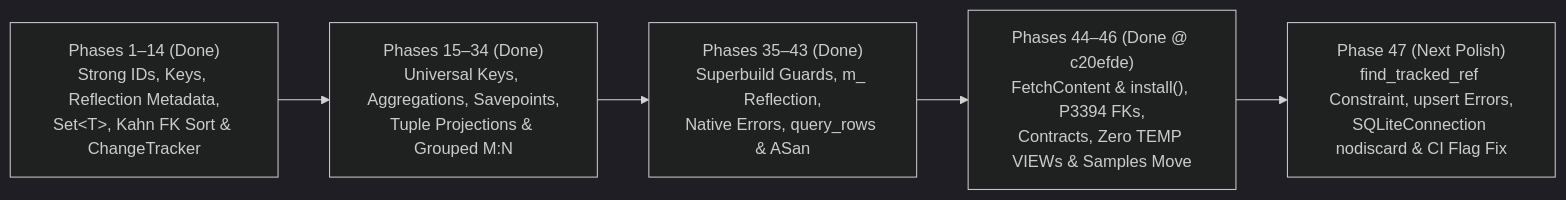
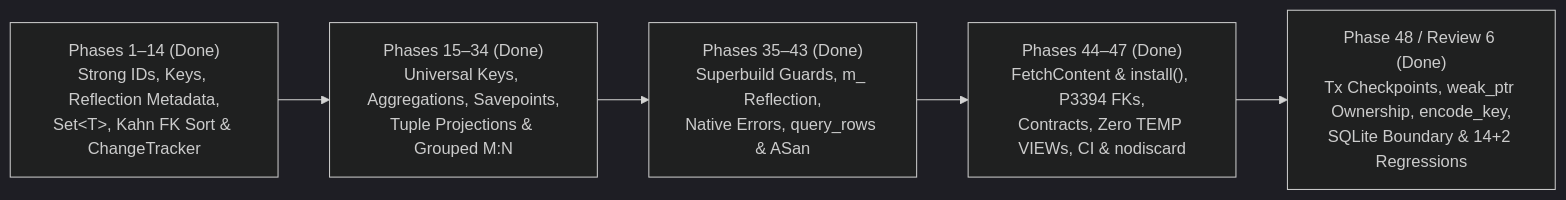
The first of 2 diagrams in readme4.md (mythrz/CodeFirstCppDB_sqlgen), drawn with Mermaid (dark theme) before and after one commit. The commit also changed other lines of this file and 13 other files, not shown here.

````diff
--- a/readme4.md
+++ b/readme4.md
@@ -228,7 +228,7 @@
 ```mermaid
 flowchart LR
     P114["Phases 1–14 (Done)<br/>Strong IDs, Keys, Reflection Metadata,<br/>Set&lt;T&gt;, Kahn FK Sort &amp; ChangeTracker"] --> P1534["Phases 15–34 (Done)<br/>Universal Keys, Aggregations, Savepoints,<br/>Tuple Projections &amp; Grouped M:N"]
     P1534 --> P3543["Phases 35–43 (Done)<br/>Superbuild Guards, m_ Reflection,<br/>Native Errors, query_rows &amp; ASan"]
-    P3543 --> P4446["Phases 44–46 (Done @ c20efde)<br/>FetchContent &amp; install(), P3394 FKs,<br/>Contracts, Zero TEMP VIEWs &amp; Samples Move"]
-    P4446 --> P47["Phase 47 (Next Polish)<br/>find_tracked_ref Constraint, upsert Errors,<br/>SQLiteConnection nodiscard &amp; CI Flag Fix"]
+    P3543 --> P4447["Phases 44–47 (Done)<br/>FetchContent &amp; install(), P3394 FKs,<br/>Contracts, Zero TEMP VIEWs, CI &amp; nodiscard"]
+    P4447 --> P48["Phase 48 / Review 6 (Done)<br/>Tx Checkpoints, weak_ptr Ownership, encode_key,<br/>SQLite Boundary &amp; 14+2 Regressions"]
 ```
````
